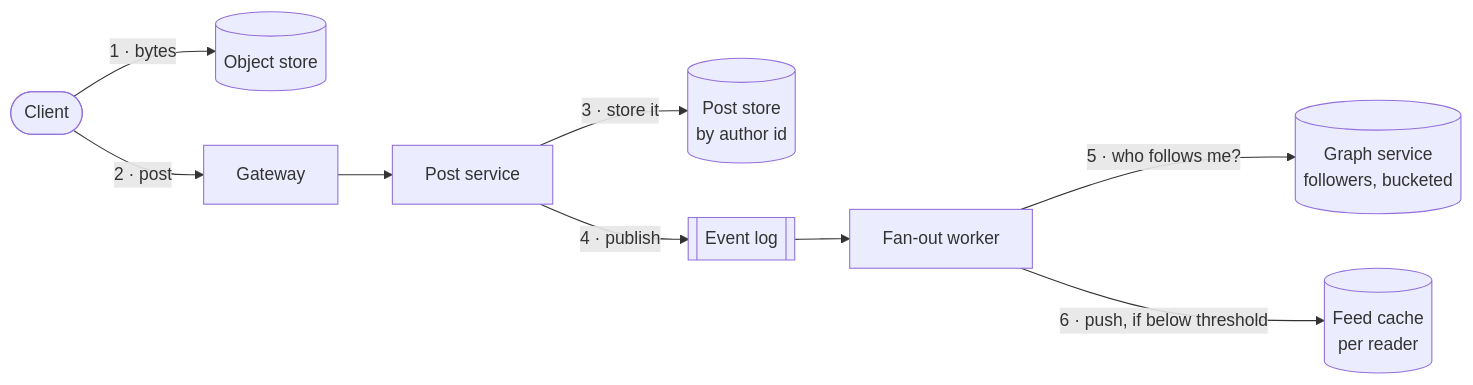
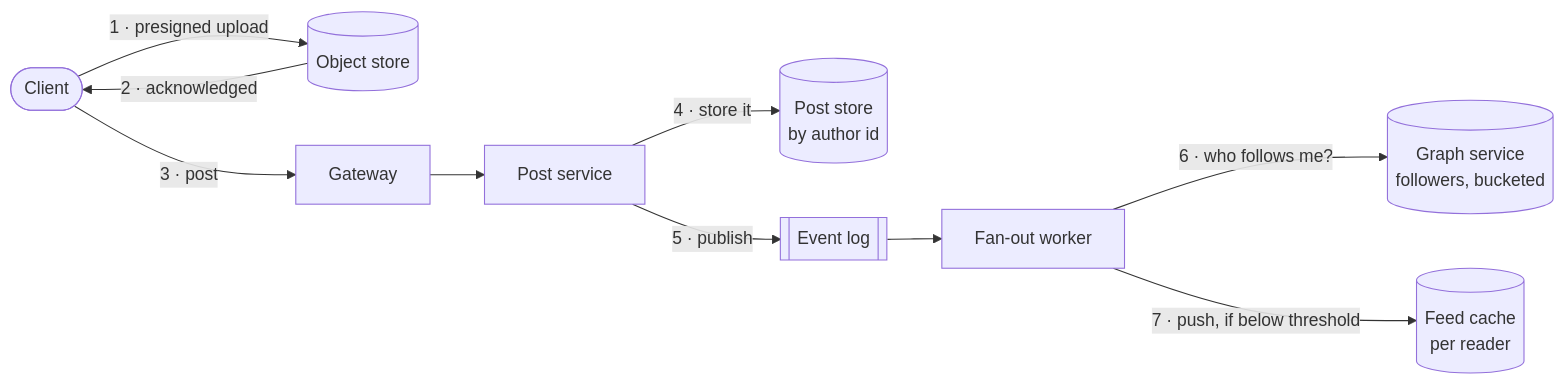
Before and after one commit to Laticent/lattice: diagram 17 of 19 in examples/system-design-foundations.md, drawn with Mermaid. The commit also changed other lines of this file and 1 other file, not shown here.

````diff
--- a/examples/system-design-foundations.md
+++ b/examples/system-design-foundations.md
@@ -2156,10 +2296,11 @@
 ```mermaid
 flowchart LR
-  C(["Client"]) -->|"1 · bytes"| OS[("Object store")]
-  C -->|"2 · post"| API["Gateway"] --> W["Post service"]
-  W -->|"3 · store it"| PDB[("Post store<br/>by author id")]
-  W -->|"4 · publish"| Q[["Event log"]]
+  C(["Client"]) -->|"1 · presigned upload"| OS[("Object store")]
+  OS -->|"2 · acknowledged"| C
+  C -->|"3 · post"| API["Gateway"] --> W["Post service"]
+  W -->|"4 · store it"| PDB[("Post store<br/>by author id")]
+  W -->|"5 · publish"| Q[["Event log"]]
   Q --> FAN["Fan-out worker"]
-  FAN -->|"5 · who follows me?"| GS[("Graph service<br/>followers, bucketed")]
-  FAN -->|"6 · push, if below threshold"| FC[("Feed cache<br/>per reader")]
+  FAN -->|"6 · who follows me?"| GS[("Graph service<br/>followers, bucketed")]
+  FAN -->|"7 · push, if below threshold"| FC[("Feed cache<br/>per reader")]
 ```
````
